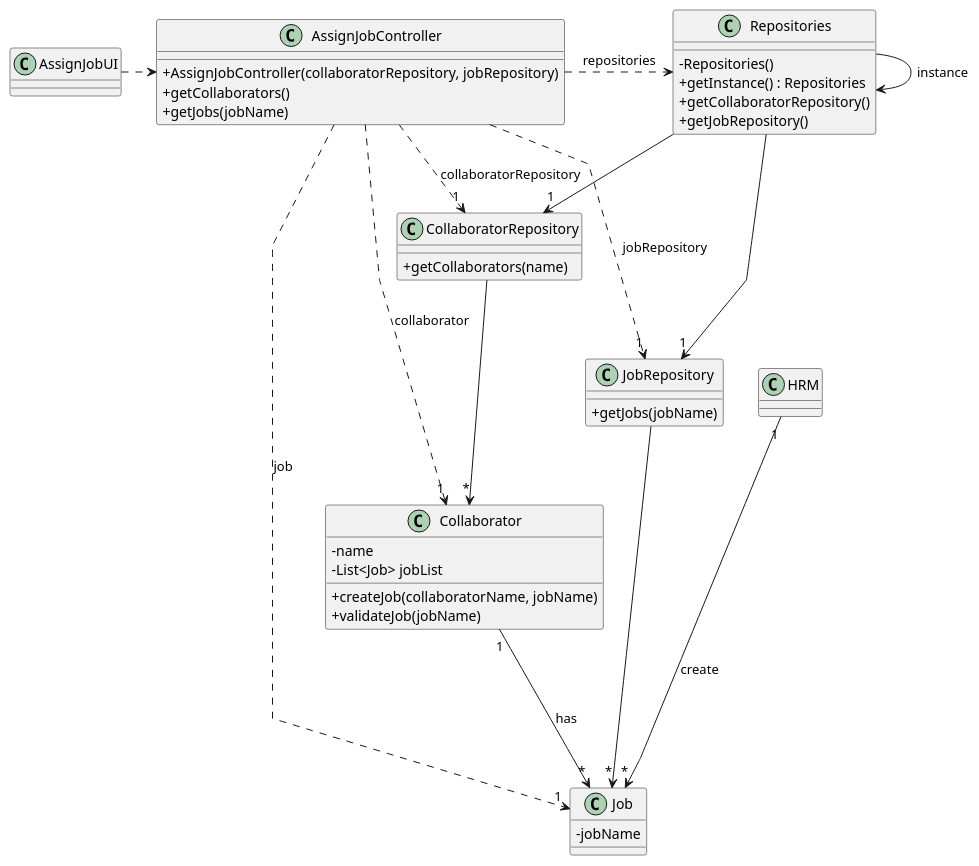
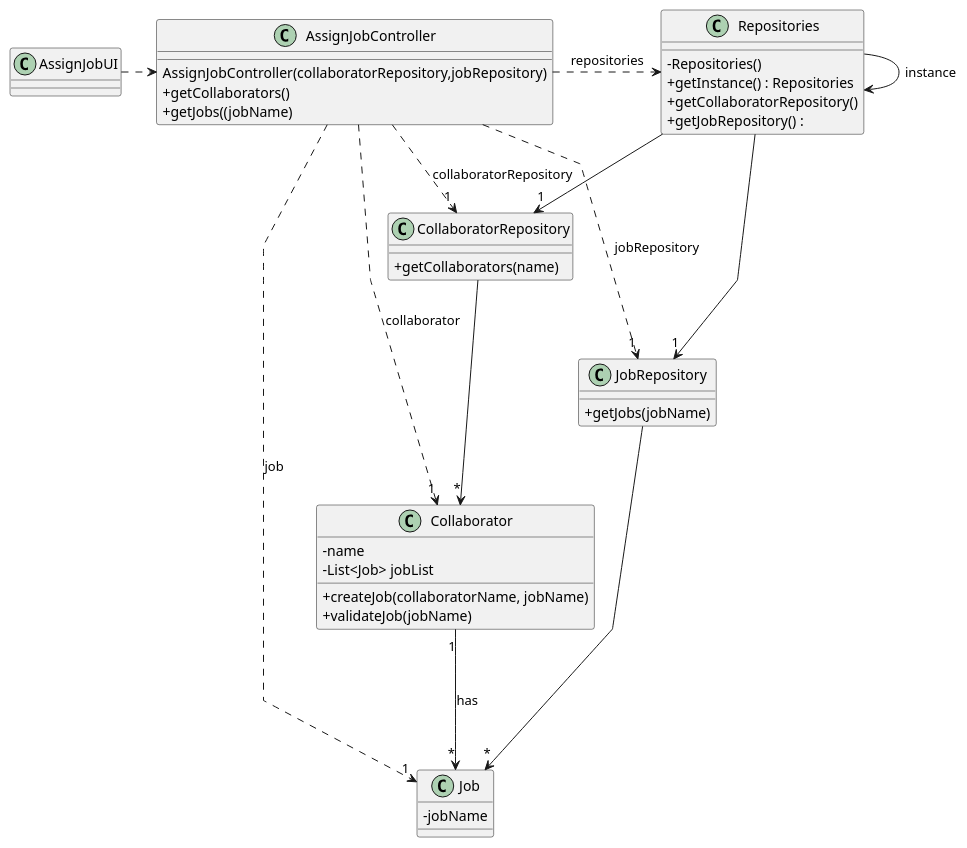
Before and after one commit to Departamento-de-Engenharia-Informatica/lei-24-s2-1dkl-g134: the diagram in docs/sprintB/us002/03.design/puml/us002-class-diagram.puml, drawn with PlantUML.

Commit message:
US002 Class Diagram (Update)

```diff
--- a/docs/sprintB/us002/03.design/puml/us002-class-diagram.puml
+++ b/docs/sprintB/us002/03.design/puml/us002-class-diagram.puml
@@ -1,65 +1,64 @@
 @startuml
 'skinparam monochrome true
 skinparam packageStyle rectangle
 skinparam shadowing false
 skinparam linetype polyline
 'skinparam linetype orto
 
 skinparam classAttributeIconSize 0
 
 'left to right direction
 
-class AssignJobUI{
-}
 
 
-class AssignJobController{
-    + AssignJobController(collaboratorRepository, jobRepository)
-    + getCollaborators()
-    + getJobs(jobName)
- }
+
 
 class Repositories {
     - Repositories()
     + getInstance() : Repositories
     + getCollaboratorRepository()
-    + getJobRepository()
+    + getJobRepository() :
 }
 
 class CollaboratorRepository {
     + getCollaborators(name)
 }
 
 class JobRepository {
     + getJobs(jobName)
 }
 
 class Job{
-    - jobName
+    -jobName
+}
+class AssignJobController{
+AssignJobController(collaboratorRepository,jobRepository)
++getCollaborators()
++getJobs((jobName)
 }
 
 class Collaborator{
     - name
     - List<Job> jobList
     + createJob(collaboratorName, jobName)
     + validateJob(jobName)
 }
 
-class HRM{
-}
+
+
 AssignJobUI .> AssignJobController
 AssignJobController .> Repositories : repositories
 Repositories --> "1" JobRepository
 Repositories --> "1" CollaboratorRepository
 Repositories -> Repositories : instance
 
 JobRepository --> "*" Job
 CollaboratorRepository --> "*" Collaborator
-HRM "1" ----> "*" Job : create
+
 AssignJobController ....> "1" Collaborator : collaborator
 AssignJobController ......> "1" Job : job
 Collaborator "1" --> "*" Job : has
 AssignJobController ..> "1" CollaboratorRepository : collaboratorRepository
 AssignJobController ...> "1" JobRepository : jobRepository
 
 @enduml
```
